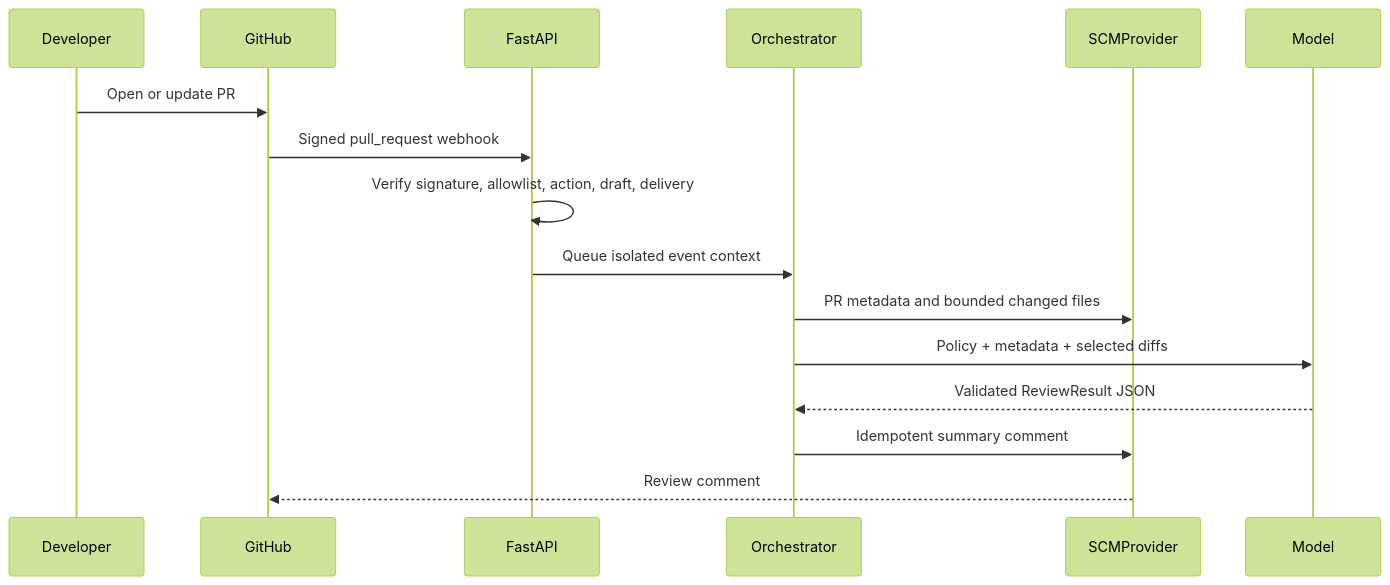
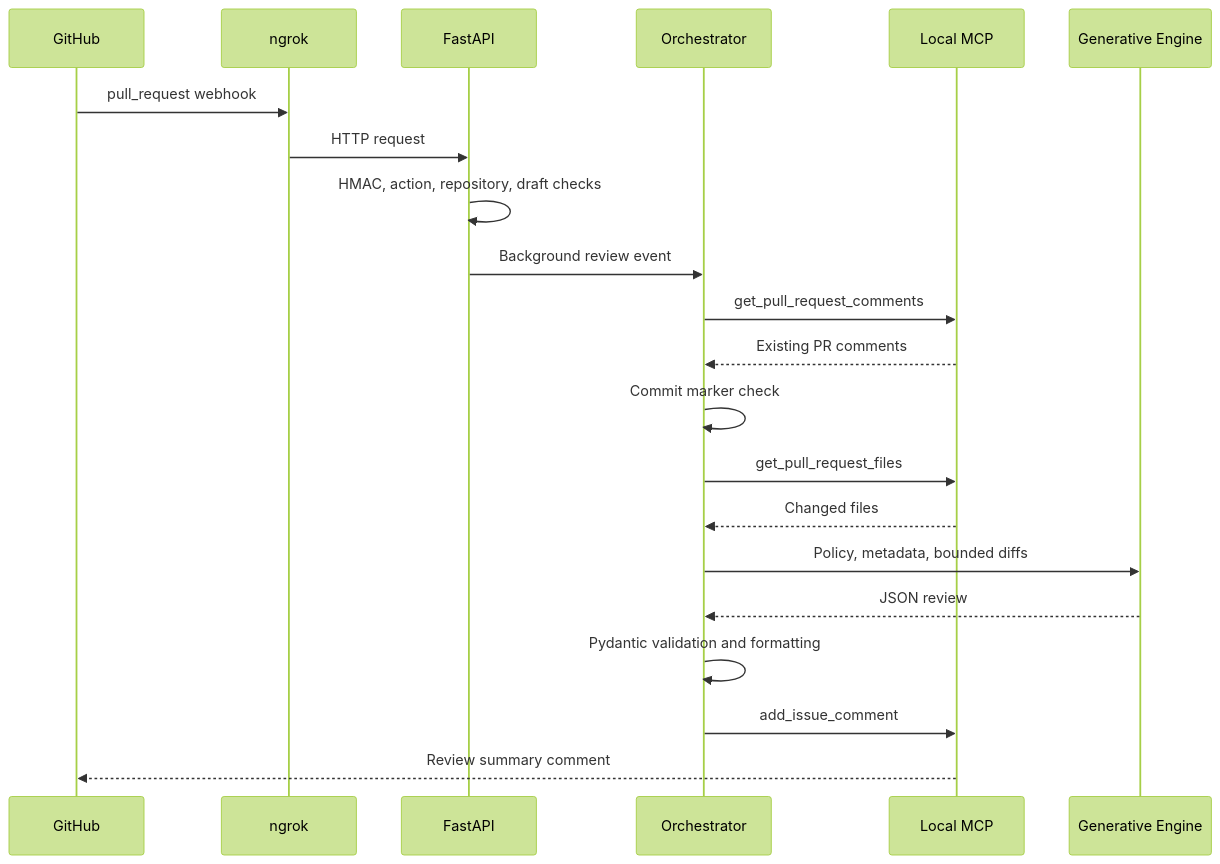
One commit to Mahalakshmi-M26/ai-code-review-agent changed the second of 4 diagrams in docs/architecture.md. Above: the diagram before and after it, drawn with Mermaid (forest theme). The commit also changed other lines of this file and 26 other files, not shown here.

````diff
--- a/docs/architecture.md
+++ b/docs/architecture.md
@@ -3,18 +34,23 @@
 ```mermaid
 sequenceDiagram
-  participant D as Developer
   participant G as GitHub
+  participant N as ngrok
   participant A as FastAPI
   participant O as Orchestrator
-  participant S as SCMProvider
-  participant M as Model
-  D->>G: Open or update PR
-  G->>A: Signed pull_request webhook
-  A->>A: Verify signature, allowlist, action, draft, delivery
-  A->>O: Queue isolated event context
-  O->>S: PR metadata and bounded changed files
-  O->>M: Policy + metadata + selected diffs
-  M-->>O: Validated ReviewResult JSON
-  O->>S: Idempotent summary comment
-  S-->>G: Review comment
+  participant M as Local MCP
+  participant E as Generative Engine
+  G->>N: pull_request webhook
+  N->>A: HTTP request
+  A->>A: HMAC, action, repository, draft checks
+  A->>O: Background review event
+  O->>M: get_pull_request_comments
+  M-->>O: Existing PR comments
+  O->>O: Commit marker check
+  O->>M: get_pull_request_files
+  M-->>O: Changed files
+  O->>E: Policy, metadata, bounded diffs
+  E-->>O: JSON review
+  O->>O: Pydantic validation and formatting
+  O->>M: add_issue_comment
+  M-->>G: Review summary comment
 ```
````
